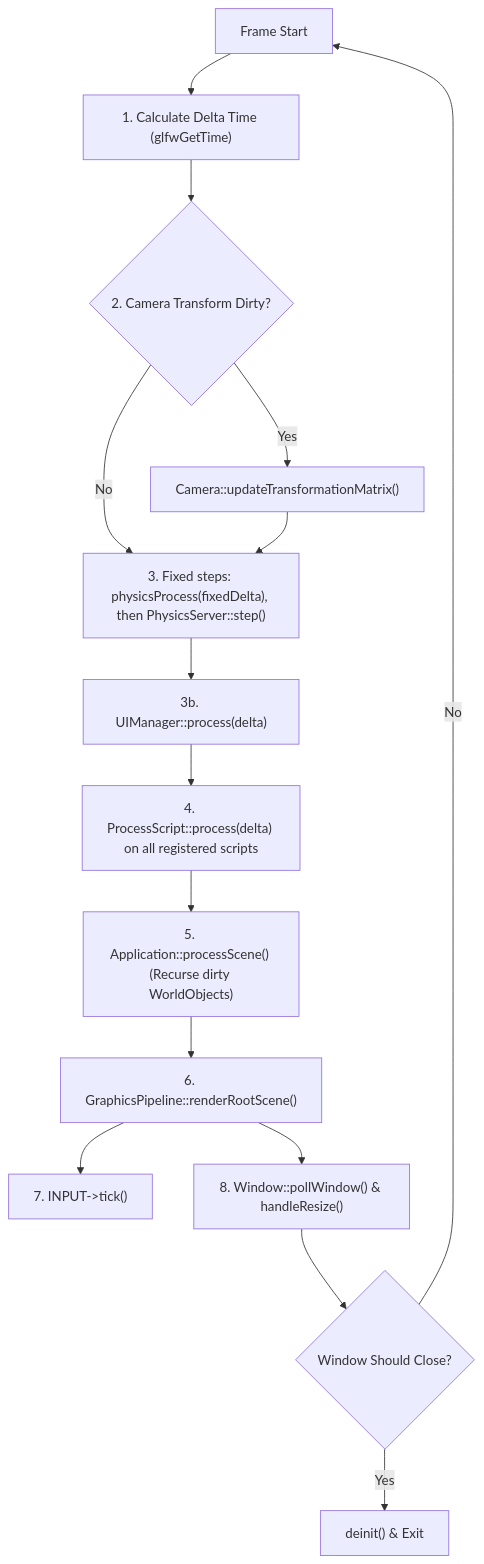
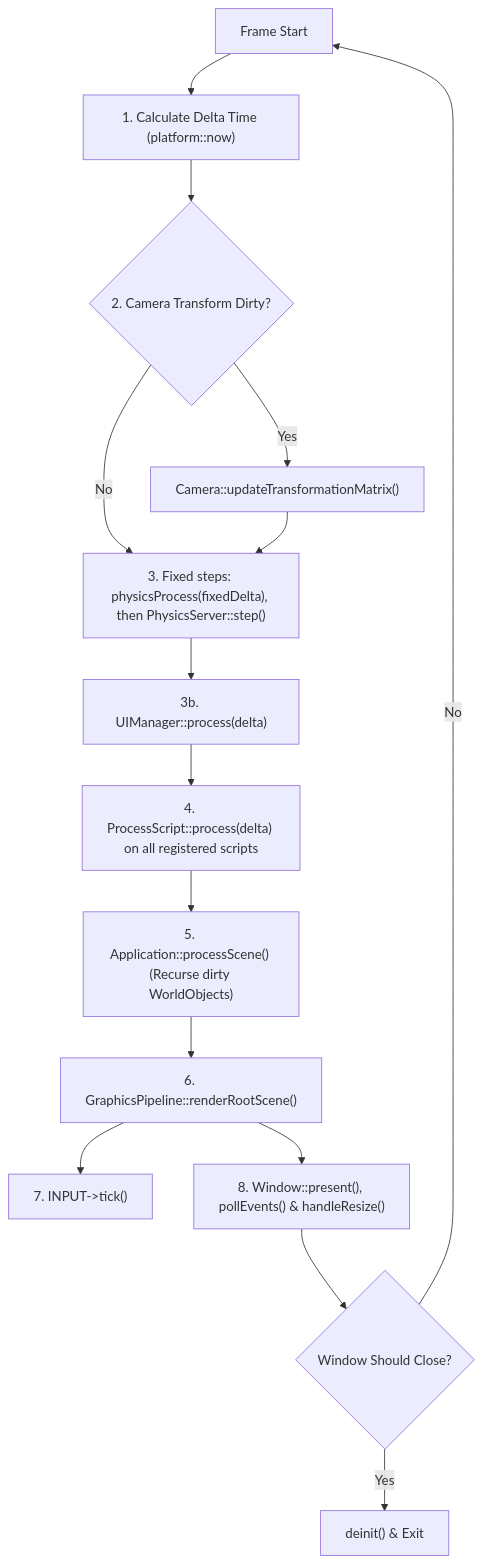
One commit to swdhahn/bird-engine changed the second of 2 diagrams in docs/architecture/lifecycle_and_main_loop.md. Above: the diagram before and after it, drawn with Mermaid. The commit also changed other lines of this file and 31 other files, not shown here.

First line of the commit message:
Add platform layer: abstract Window, event-fed Input, VFS, clock, log

````diff
--- a/docs/architecture/lifecycle_and_main_loop.md
+++ b/docs/architecture/lifecycle_and_main_loop.md
@@ -40,17 +40,17 @@
 ```mermaid
 flowchart TD
-    Start["Frame Start"] --> Time["1. Calculate Delta Time (glfwGetTime)"]
+    Start["Frame Start"] --> Time["1. Calculate Delta Time (platform::now)"]
     Time --> CamCheck{"2. Camera Transform Dirty?"}
     CamCheck -- Yes --> CamUpdate["Camera::updateTransformationMatrix()"]
     CamCheck -- No --> Physics["3. Fixed steps: physicsProcess(fixedDelta), then PhysicsServer::step()"]
     CamUpdate --> Physics
     Physics --> UITick["3b. UIManager::process(delta)"]
     UITick --> Scripts["4. ProcessScript::process(delta) on all registered scripts"]
     Scripts --> SceneProc["5. Application::processScene() (Recurse dirty WorldObjects)"]
     SceneProc --> Render["6. GraphicsPipeline::renderRootScene()"]
     Render --> Input["7. INPUT->tick()"]
-    Render --> Window["8. Window::pollWindow() & handleResize()"]
+    Render --> Window["8. Window::present(), pollEvents() & handleResize()"]
     Window --> Loop{"Window Should Close?"}
     Loop -- No --> Start
     Loop -- Yes --> Shutdown["deinit() & Exit"]
 ```
````
